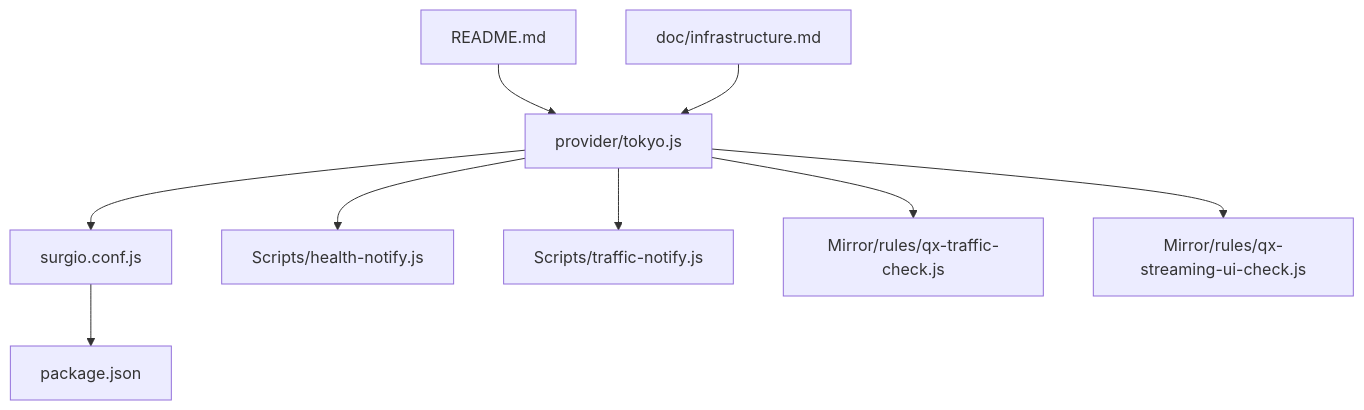
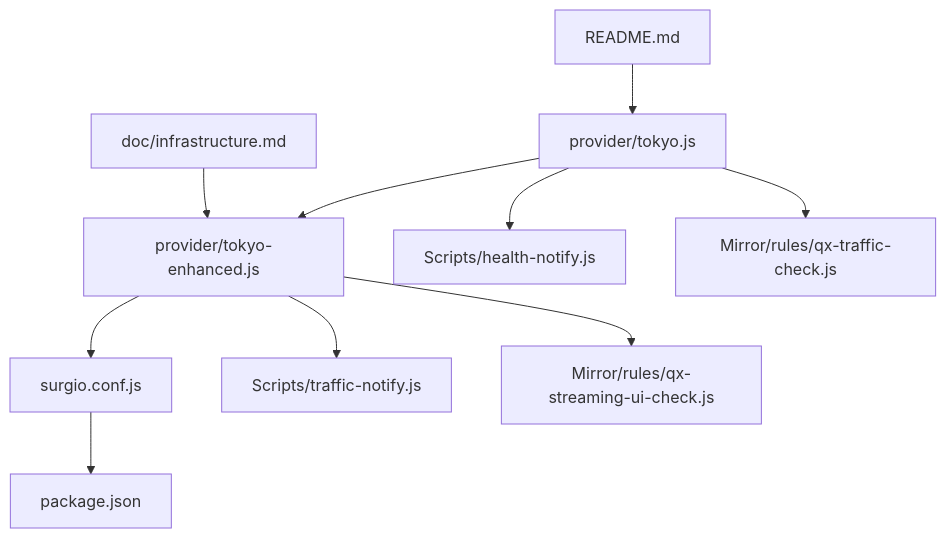
The first of 10 diagrams in .qoder/repowiki/zh/content/脚本库/镜像脚本/东京节点提供商.md (3kaiu/config), drawn with Mermaid before and after one commit. The commit also changed other lines of this file and 112 other files, not shown here.

````diff
--- a/.qoder/repowiki/zh/content/脚本库/镜像脚本/东京节点提供商.md
+++ b/.qoder/repowiki/zh/content/脚本库/镜像脚本/东京节点提供商.md
@@ -42,11 +53,12 @@
 ```mermaid
 graph TB
-A["provider/tokyo.js"] --> B["surgio.conf.js"]
-A --> C["Scripts/health-notify.js"]
-A --> D["Scripts/traffic-notify.js"]
-A --> E["Mirror/rules/qx-traffic-check.js"]
-A --> F["Mirror/rules/qx-streaming-ui-check.js"]
-B --> G["package.json"]
-H["README.md"] --> A
-I["doc/infrastructure.md"] --> A
+A["provider/tokyo.js"] --> B["provider/tokyo-enhanced.js"]
+B --> C["surgio.conf.js"]
+A --> D["Scripts/health-notify.js"]
+B --> E["Scripts/traffic-notify.js"]
+A --> F["Mirror/rules/qx-traffic-check.js"]
+B --> G["Mirror/rules/qx-streaming-ui-check.js"]
+C --> H["package.json"]
+I["README.md"] --> A
+J["doc/infrastructure.md"] --> B
 ```
````
